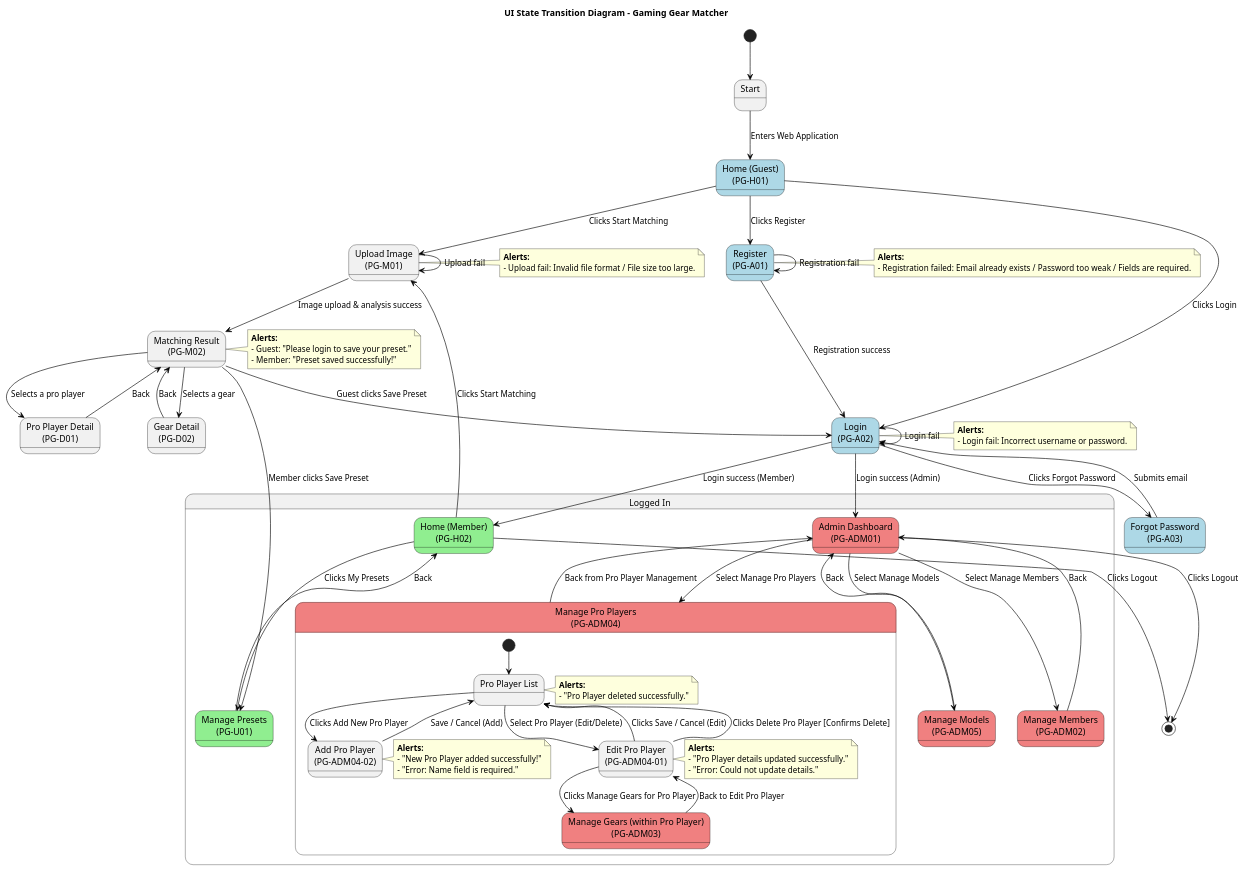
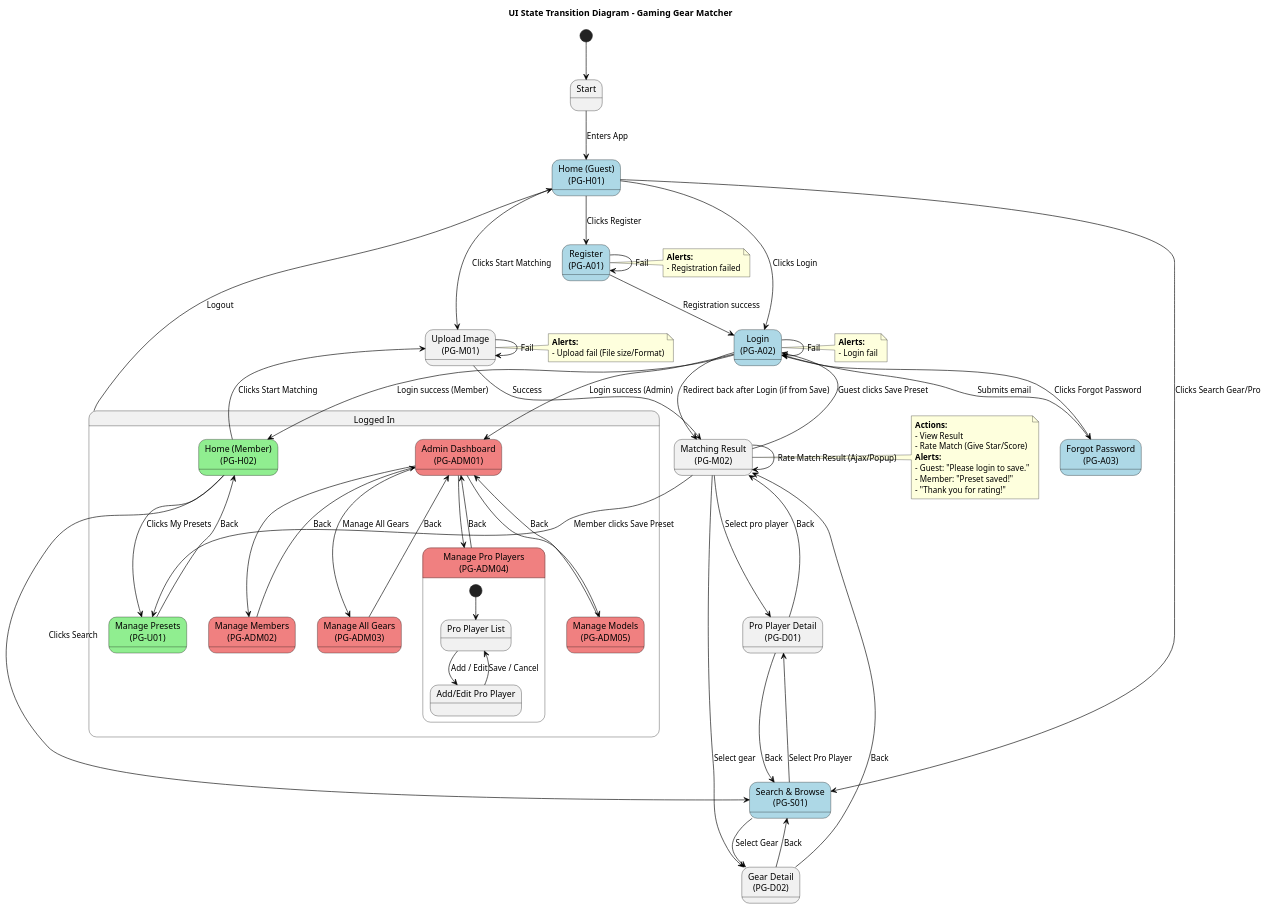
Before and after one commit to frukcharkrit/Gaming-Gear-Matcher-Project: the diagram in Diagram/UIStateDiagram.puml, drawn with PlantUML. The commit also changed 23 other files, not shown here.

```diff
--- a/Diagram/UIStateDiagram.puml
+++ b/Diagram/UIStateDiagram.puml
@@ -1,130 +1,136 @@
 @startuml
 title UI State Transition Diagram - Gaming Gear Matcher
 
 skinparam state {
   BackgroundColor<<Guest>> LightBlue
   BackgroundColor<<Member>> LightGreen
   BackgroundColor<<Admin>> LightCoral
   BorderColor black
   ArrowColor black
 }
 
 [*] --> S_Start
 
 state "Start" as S_Start
 state "Home (Guest)\n(PG-H01)" as S_Home_Guest <<Guest>>
 state "Register\n(PG-A01)" as S_Register <<Guest>>
 note right of S_Register
   **Alerts:**
-  - Registration failed: Email already exists / Password too weak / Fields are required.
+  - Registration failed
 end note
 state "Login\n(PG-A02)" as S_Login <<Guest>>
 note right of S_Login
   **Alerts:**
-  - Login fail: Incorrect username or password.
+  - Login fail
 end note
 state "Forgot Password\n(PG-A03)" as S_Forgot_Pwd <<Guest>>
 state "Upload Image\n(PG-M01)" as S_Upload
 note right of S_Upload
   **Alerts:**
-  - Upload fail: Invalid file format / File size too large.
+  - Upload fail (File size/Format)
 end note
+
+state "Search & Browse\n(PG-S01)" as S_Search <<Guest>>
+
 state "Matching Result\n(PG-M02)" as S_Result
 note right of S_Result
+  **Actions:**
+  - View Result
+  - Rate Match (Give Star/Score)
   **Alerts:**
-  - Guest: "Please login to save your preset."
-  - Member: "Preset saved successfully!"
+  - Guest: "Please login to save."
+  - Member: "Preset saved!"
+  - "Thank you for rating!"
 end note
+
 state "Gear Detail\n(PG-D02)" as S_Gear_Detail
 state "Pro Player Detail\n(PG-D01)" as S_Pro_Detail
 
 state "Logged In" as S_Logged_In {
   state "Home (Member)\n(PG-H02)" as S_Home_Member <<Member>>
   state "Manage Presets\n(PG-U01)" as S_Manage_Presets <<Member>>
+  
   state "Admin Dashboard\n(PG-ADM01)" as S_Admin_Dashboard <<Admin>>
   state "Manage Members\n(PG-ADM02)" as S_Admin_Members <<Admin>>
+  
+  ' แยก Manage Gear ออกมาเป็น Global State
+  state "Manage All Gears\n(PG-ADM03)" as S_Admin_Gears <<Admin>>
 
   state "Manage Pro Players\n(PG-ADM04)" as S_Admin_Pro <<Admin>> {
     state "Pro Player List" as S_Pro_List
-    note right of S_Pro_List
-      **Alerts:**
-      - "Pro Player deleted successfully."
-    end note
-    state "Add Pro Player\n(PG-ADM04-02)" as S_Add_Pro_Player
-    note right of S_Add_Pro_Player
-      **Alerts:**
-      - "New Pro Player added successfully!"
-      - "Error: Name field is required."
-    end note
-    state "Edit Pro Player\n(PG-ADM04-01)" as S_Edit_Pro_Player
-    note right of S_Edit_Pro_Player
-      **Alerts:**
-      - "Pro Player details updated successfully."
-      - "Error: Could not update details."
-    end note
-    state "Manage Gears (within Pro Player)\n(PG-ADM03)" as S_Admin_Gears <<Admin>>
-
+    state "Add/Edit Pro Player" as S_Edit_Pro_Player
+    
     [*] --> S_Pro_List
-
-    S_Pro_List --> S_Add_Pro_Player : Clicks Add New Pro Player
-    S_Add_Pro_Player --> S_Pro_List : Save / Cancel (Add)
-
-    S_Pro_List --> S_Edit_Pro_Player : Select Pro Player (Edit/Delete)
-    S_Edit_Pro_Player --> S_Admin_Gears : Clicks Manage Gears for Pro Player
-    S_Admin_Gears --> S_Edit_Pro_Player : Back to Edit Pro Player
-    S_Edit_Pro_Player --> S_Pro_List : Clicks Save / Cancel (Edit)
-    S_Edit_Pro_Player --> S_Pro_List : Clicks Delete Pro Player [Confirms Delete]
+    S_Pro_List --> S_Edit_Pro_Player : Add / Edit
+    S_Edit_Pro_Player --> S_Pro_List : Save / Cancel
   }
 
   state "Manage Models\n(PG-ADM05)" as S_Admin_Models <<Admin>>
 }
 
-S_Start --> S_Home_Guest : Enters Web Application
+S_Start --> S_Home_Guest : Enters App
 
 ' --- Guest Flow ---
 S_Home_Guest --> S_Login : Clicks Login
 S_Home_Guest --> S_Register : Clicks Register
 S_Home_Guest --> S_Upload : Clicks Start Matching
+S_Home_Guest --> S_Search : Clicks Search Gear/Pro
+
+S_Search --> S_Gear_Detail : Select Gear
+S_Search --> S_Pro_Detail : Select Pro Player
+S_Gear_Detail --> S_Search : Back
+S_Pro_Detail --> S_Search : Back
 
 S_Login --> S_Forgot_Pwd : Clicks Forgot Password
 S_Forgot_Pwd --> S_Login : Submits email
 
 S_Register --> S_Login : Registration success
-S_Register --> S_Register : Registration fail
+S_Register --> S_Register : Fail
 
 S_Login --> S_Home_Member : Login success (Member)
 S_Login --> S_Admin_Dashboard : Login success (Admin)
-S_Login --> S_Login : Login fail
+S_Login --> S_Login : Fail
 
-' --- Matching Flow (Guest & Member) ---
-S_Upload --> S_Result : Image upload & analysis success
-S_Upload --> S_Upload : Upload fail
-S_Home_Member --> S_Upload : Clicks Start Matching
+' --- Matching Flow ---
+S_Upload --> S_Result : Success
+S_Upload --> S_Upload : Fail
 
-S_Result --> S_Gear_Detail : Selects a gear
+S_Result --> S_Gear_Detail : Select gear
 S_Gear_Detail --> S_Result : Back
 
-S_Result --> S_Pro_Detail : Selects a pro player
+S_Result --> S_Pro_Detail : Select pro player
 S_Pro_Detail --> S_Result : Back
+
+' --- Rating & Saving Flow ---
+S_Result --> S_Result : Rate Match Result (Ajax/Popup)
+
+S_Result --> S_Login : Guest clicks Save Preset
+' จุดสำคัญ: Login เสร็จแล้ว Redirect กลับมาหน้า Result เพื่อ Save ต่อ
+S_Login --> S_Result : Redirect back after Login (if from Save)
+
+S_Result --> S_Manage_Presets : Member clicks Save Preset
 
 ' --- Member Flow ---
 S_Home_Member --> S_Manage_Presets : Clicks My Presets
 S_Manage_Presets --> S_Home_Member : Back
-
-S_Result --> S_Login : Guest clicks Save Preset
-S_Result --> S_Manage_Presets : Member clicks Save Preset
-S_Home_Member --> [*] : Clicks Logout
+S_Home_Member --> S_Upload : Clicks Start Matching
+S_Home_Member --> S_Search : Clicks Search
 
 ' --- Admin Flow ---
-S_Admin_Dashboard --> S_Admin_Members : Select Manage Members
+S_Admin_Dashboard --> S_Admin_Members
 S_Admin_Members --> S_Admin_Dashboard : Back
 
-S_Admin_Dashboard --> S_Admin_Pro : Select Manage Pro Players
-S_Admin_Pro --> S_Admin_Dashboard : Back from Pro Player Management
+S_Admin_Dashboard --> S_Admin_Pro
+S_Admin_Pro --> S_Admin_Dashboard : Back
 
-S_Admin_Dashboard --> S_Admin_Models : Select Manage Models
+' เพิ่ม Admin Gear Flow
+S_Admin_Dashboard --> S_Admin_Gears : Manage All Gears
+S_Admin_Gears --> S_Admin_Dashboard : Back
+
+S_Admin_Dashboard --> S_Admin_Models
 S_Admin_Models --> S_Admin_Dashboard : Back
 
-S_Admin_Dashboard --> [*] : Clicks Logout
+' Global Logout
+S_Logged_In --> S_Home_Guest : Logout
 
 @enduml
```
